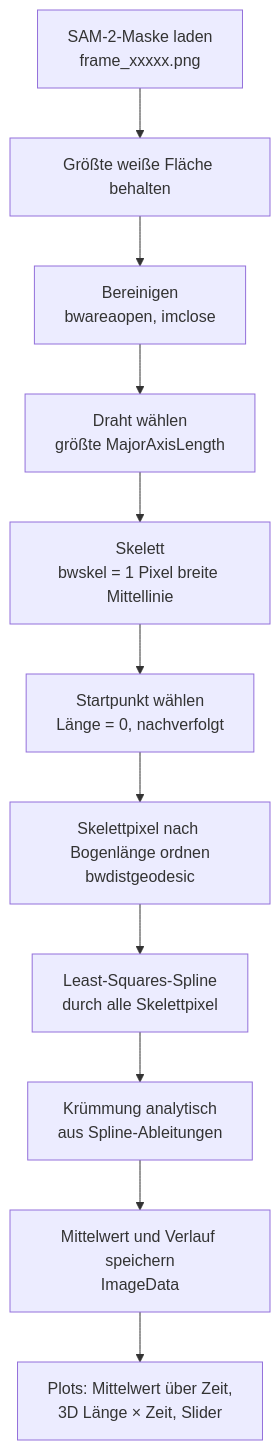
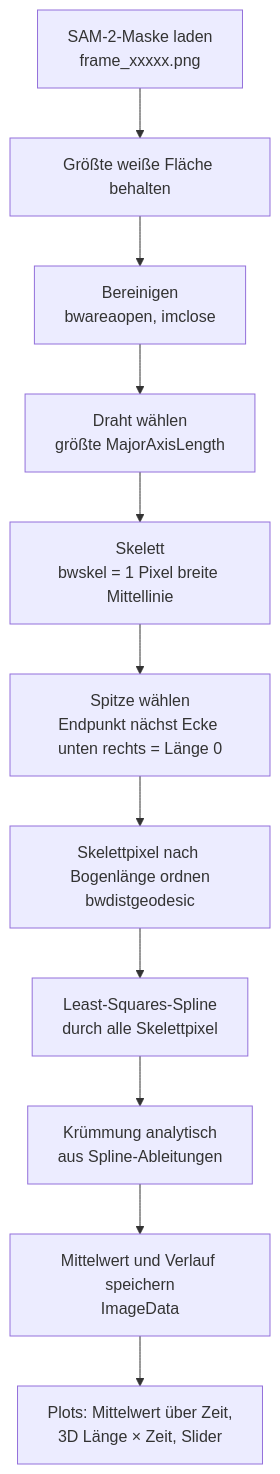
The diagram in README_kruemung_jinhan_v2.md (lucawkn/mhh), drawn with Mermaid before and after one commit. The commit also changed other lines of this file and 3 other files, not shown here.

First line of the commit message:
Spitze = Endpunkt nächst der Ecke unten rechts; Fenster auch im Batch

````diff
--- a/README_kruemung_jinhan_v2.md
+++ b/README_kruemung_jinhan_v2.md
@@ -25,13 +25,13 @@
 ```mermaid
 flowchart TD
     A[SAM-2-Maske laden<br/>frame_xxxxx.png] --> B[Größte weiße Fläche behalten]
     B --> C[Bereinigen<br/>bwareaopen, imclose]
     C --> D[Draht wählen<br/>größte MajorAxisLength]
     D --> E[Skelett<br/>bwskel = 1 Pixel breite Mittellinie]
-    E --> F[Startpunkt wählen<br/>Länge = 0, nachverfolgt]
+    E --> F[Spitze wählen<br/>Endpunkt nächst Ecke unten rechts = Länge 0]
     F --> G[Skelettpixel nach Bogenlänge ordnen<br/>bwdistgeodesic]
     G --> H[Least-Squares-Spline<br/>durch alle Skelettpixel]
     H --> I[Krümmung analytisch<br/>aus Spline-Ableitungen]
     I --> J[Mittelwert und Verlauf speichern<br/>ImageData]
     J --> K[Plots: Mittelwert über Zeit,<br/>3D Länge × Zeit, Slider]
 ```
````
